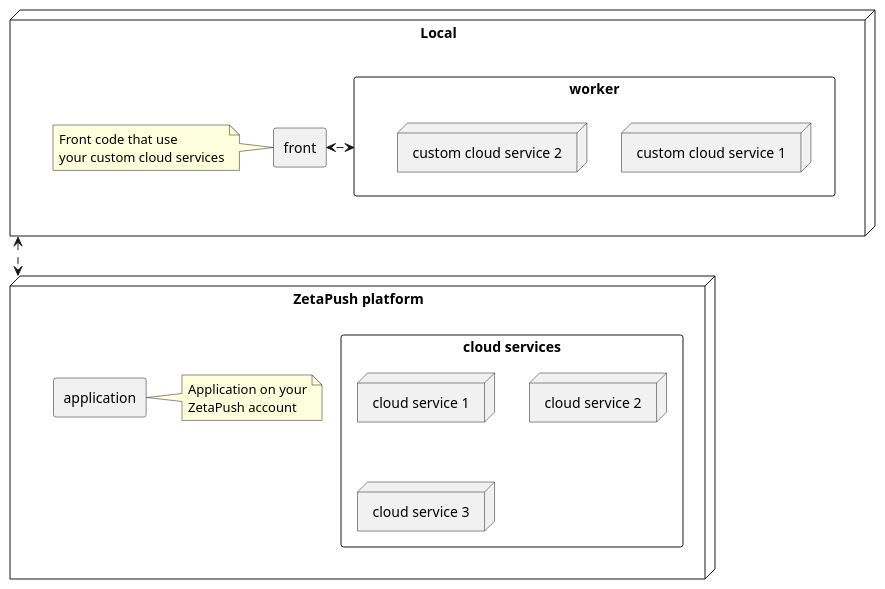
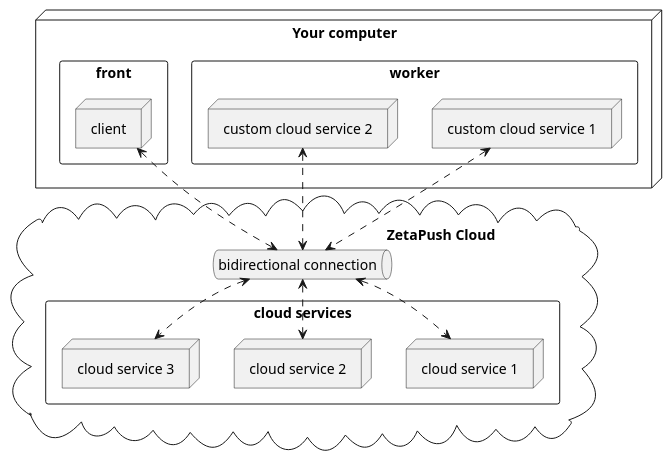
Before and after one commit to zetapush/documentation: the diagram in src/docs/asciidoc/common/diagrams/architecture-custom-cloud-service-dev.adoc, drawn with PlantUML. The commit also changed other lines of this file and 18 other files, not shown here.

```diff
--- a/src/docs/asciidoc/common/diagrams/architecture-custom-cloud-service-dev.adoc
+++ b/src/docs/asciidoc/common/diagrams/architecture-custom-cloud-service-dev.adoc
@@ -5,39 +5,36 @@
 [plantuml, custom-cloud-service-dev, png, role="center"]     
 ....
 skinparam component {
 	ArrowFontName Impact
     ArrowFontColor Black
     ArrowFontSize 14
 }
 
-node "Local" as local {
+node "Your computer" as local {
    rectangle "worker" {
-        node "custom cloud service 1"
-        node "custom cloud service 2"
+        node "custom cloud service 1" as customCloudService1
+        node "custom cloud service 2" as customCloudService2
    }
 
-   rectangle "front"
-
-   note left of [front]
-        Front code that use
-        your custom cloud services
-    end note
-    worker <.> [front]
+   rectangle "front" {
+        node "client" as front1
+   }
 }
 
-node "ZetaPush platform" as zp {
-    rectangle "application"
-    note right of [application]
-        Application on your
-        ZetaPush account
-    end note
+cloud "                                                                            ZetaPush Cloud" as zp {
+    queue "bidirectional connection" as connection
 
     rectangle "cloud services" {
-        node "cloud service 1"
-        node "cloud service 2"
-        node "cloud service 3"
+        node "cloud service 1" as cloudService1
+        node "cloud service 2" as cloudService2
+        node "cloud service 3" as cloudService3
     }
 }
 
-local <..> zp
+front1 <..> connection
+customCloudService1 <..> connection
+customCloudService2 <..> connection
+cloudService1 <.up.> connection
+cloudService2 <.up.> connection
+cloudService3 <.up.> connection
 ....
```
